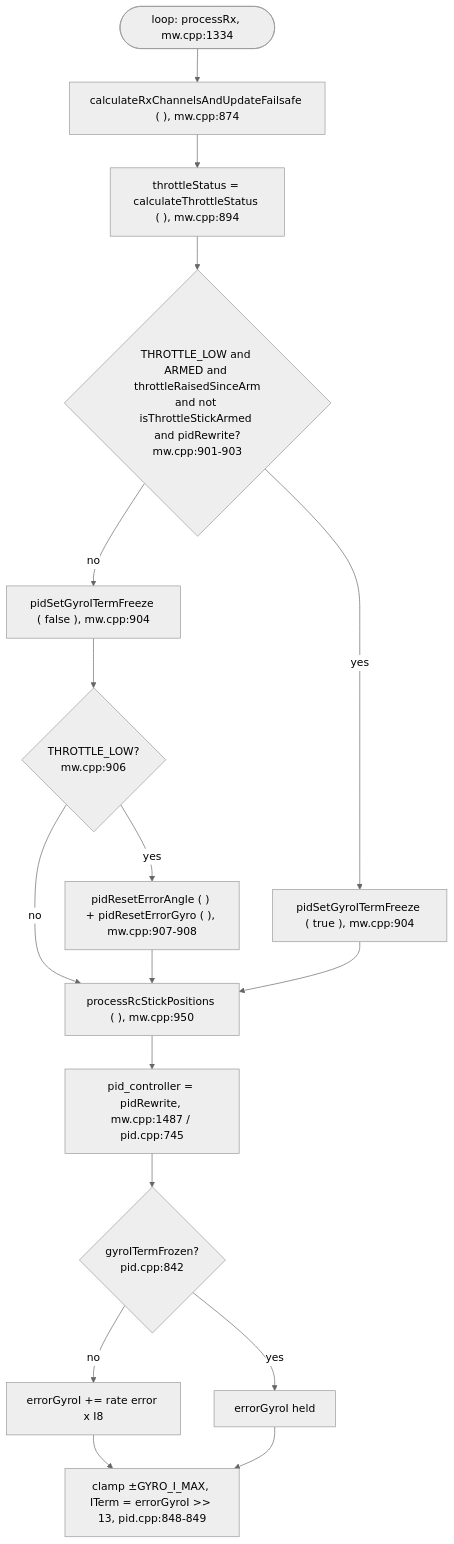
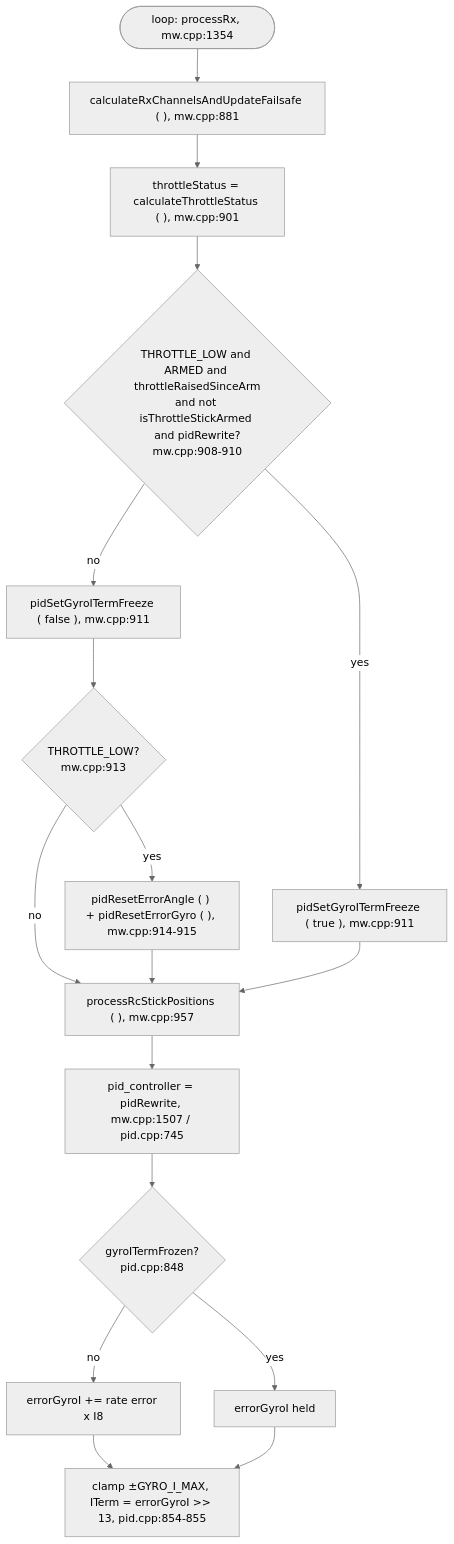
One commit to DronaAviation/MagisV2 changed the second of 3 diagrams in docs/fw-development-reference/fw-architecture-pipeline/subsystems/Core_PID_Controller.md. Above: the diagram before and after it, drawn with Mermaid (neutral theme). The commit also changed other lines of this file and 34 other files, not shown here.

````diff
--- a/docs/fw-development-reference/fw-architecture-pipeline/subsystems/Core_PID_Controller.md
+++ b/docs/fw-development-reference/fw-architecture-pipeline/subsystems/Core_PID_Controller.md
@@ -100,19 +115,19 @@
 ```mermaid
 flowchart TD
-    Loop([loop: processRx, mw.cpp:1334]) --> Rx["calculateRxChannelsAndUpdateFailsafe ( ), mw.cpp:874"]
-    Rx --> Status["throttleStatus = calculateThrottleStatus ( ), mw.cpp:894"]
-    Status --> Airborne{"THROTTLE_LOW and ARMED and throttleRaisedSinceArm<br/>and not isThrottleStickArmed and pidRewrite?<br/>mw.cpp:901-903"}
-    Airborne -- yes --> Freeze["pidSetGyroITermFreeze ( true ), mw.cpp:904"]
-    Airborne -- no --> Thaw["pidSetGyroITermFreeze ( false ), mw.cpp:904"]
-    Thaw --> Low{"THROTTLE_LOW?<br/>mw.cpp:906"}
-    Low -- yes --> Reset["pidResetErrorAngle ( ) + pidResetErrorGyro ( ), mw.cpp:907-908"]
+    Loop([loop: processRx, mw.cpp:1354]) --> Rx["calculateRxChannelsAndUpdateFailsafe ( ), mw.cpp:881"]
+    Rx --> Status["throttleStatus = calculateThrottleStatus ( ), mw.cpp:901"]
+    Status --> Airborne{"THROTTLE_LOW and ARMED and throttleRaisedSinceArm<br/>and not isThrottleStickArmed and pidRewrite?<br/>mw.cpp:908-910"}
+    Airborne -- yes --> Freeze["pidSetGyroITermFreeze ( true ), mw.cpp:911"]
+    Airborne -- no --> Thaw["pidSetGyroITermFreeze ( false ), mw.cpp:911"]
+    Thaw --> Low{"THROTTLE_LOW?<br/>mw.cpp:913"}
+    Low -- yes --> Reset["pidResetErrorAngle ( ) + pidResetErrorGyro ( ), mw.cpp:914-915"]
     Low -- no --> Sticks
-    Reset --> Sticks["processRcStickPositions ( ), mw.cpp:950"]
+    Reset --> Sticks["processRcStickPositions ( ), mw.cpp:957"]
     Freeze --> Sticks
-    Sticks --> PID["pid_controller = pidRewrite, mw.cpp:1487 / pid.cpp:745"]
-    PID --> Gate{"gyroITermFrozen?<br/>pid.cpp:842"}
+    Sticks --> PID["pid_controller = pidRewrite, mw.cpp:1507 / pid.cpp:745"]
+    PID --> Gate{"gyroITermFrozen?<br/>pid.cpp:848"}
     Gate -- no --> Integrate[errorGyroI += rate error x I8]
     Gate -- yes --> Hold[errorGyroI held]
-    Integrate --> Clamp["clamp ±GYRO_I_MAX, ITerm = errorGyroI >> 13, pid.cpp:848-849"]
+    Integrate --> Clamp["clamp ±GYRO_I_MAX, ITerm = errorGyroI >> 13, pid.cpp:854-855"]
     Hold --> Clamp
 ```
````
